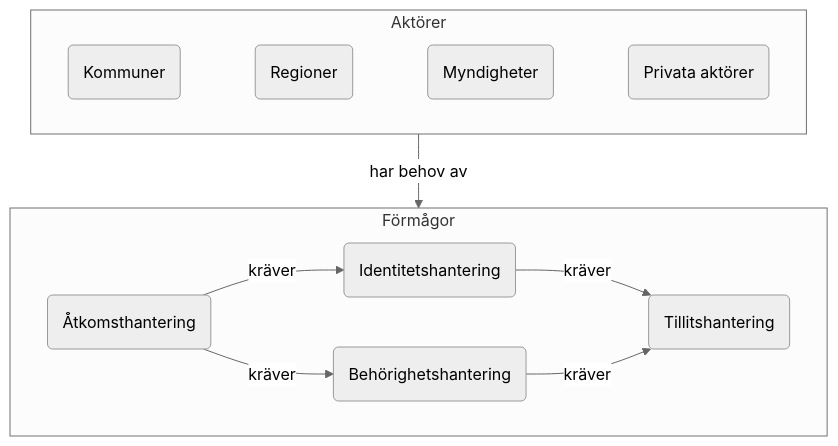
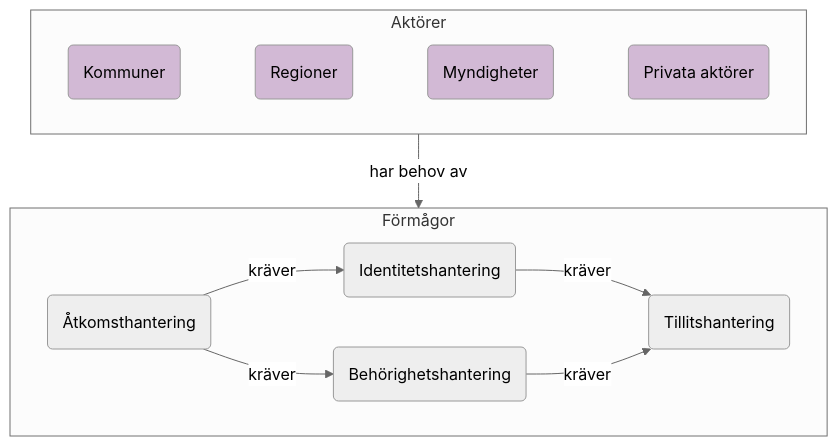
The first of 12 diagrams in architecture/drafts/IAM_TargetArchitecture_Sweden.md (diggsweden/ena-authorization), drawn with Mermaid (neutral theme) before and after one commit. The commit also changed other lines of this file, not shown here.

````diff
--- a/architecture/drafts/IAM_TargetArchitecture_Sweden.md
+++ b/architecture/drafts/IAM_TargetArchitecture_Sweden.md
@@ -6,21 +6,22 @@
 ```mermaid
 graph TD
+classDef org fill:#D2B9D5
 
 subgraph actors[Aktörer]
 direction LR     
- k(Kommuner)~~~
- r(Regioner)~~~
- m(Myndigheter)~~~
- p(Privata aktörer)
+ k(Kommuner):::org~~~
+ r(Regioner):::org~~~
+ m(Myndigheter):::org~~~
+ p(Privata aktörer):::org
 end
 
 subgraph abilities[Förmågor]
  Å(Åtkomsthantering)
  I(Identitetshantering)
  B(Behörighetshantering)
  T(Tillitshantering)
 end
 
 actors--har behov av-->abilities
 Å--kräver-->I & B--kräver-->T
 ```
````
